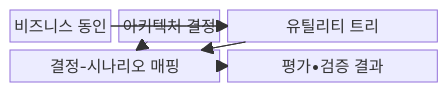
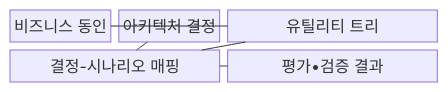
The first of 2 diagrams in src/content/docs/notes/06-evaluation/037_atam_tradeoff_analysis.md (agnusdei1207/knowledge-base), drawn with Mermaid before and after one commit. The commit also changed other lines of this file and 493 other files, not shown here.

````diff
--- a/src/content/docs/notes/06-evaluation/037_atam_tradeoff_analysis.md
+++ b/src/content/docs/notes/06-evaluation/037_atam_tradeoff_analysis.md
@@ -68,15 +68,12 @@
 ```mermaid
 block-beta
     columns 3
     B["비즈니스 동인"] A["아키텍처 결정"]
     U["유틸리티 트리"]:2
     M["결정-시나리오 매핑"]:2
     R["평가•검증 결과"]:2
-    B --> U
-    U --> M
-    A --> M
-    M --> R
-  B --- U
-  U --- M
-  M --- R
+    B --- U
+    U --- M
+    A --- M
+    M --- R
 ```
````
